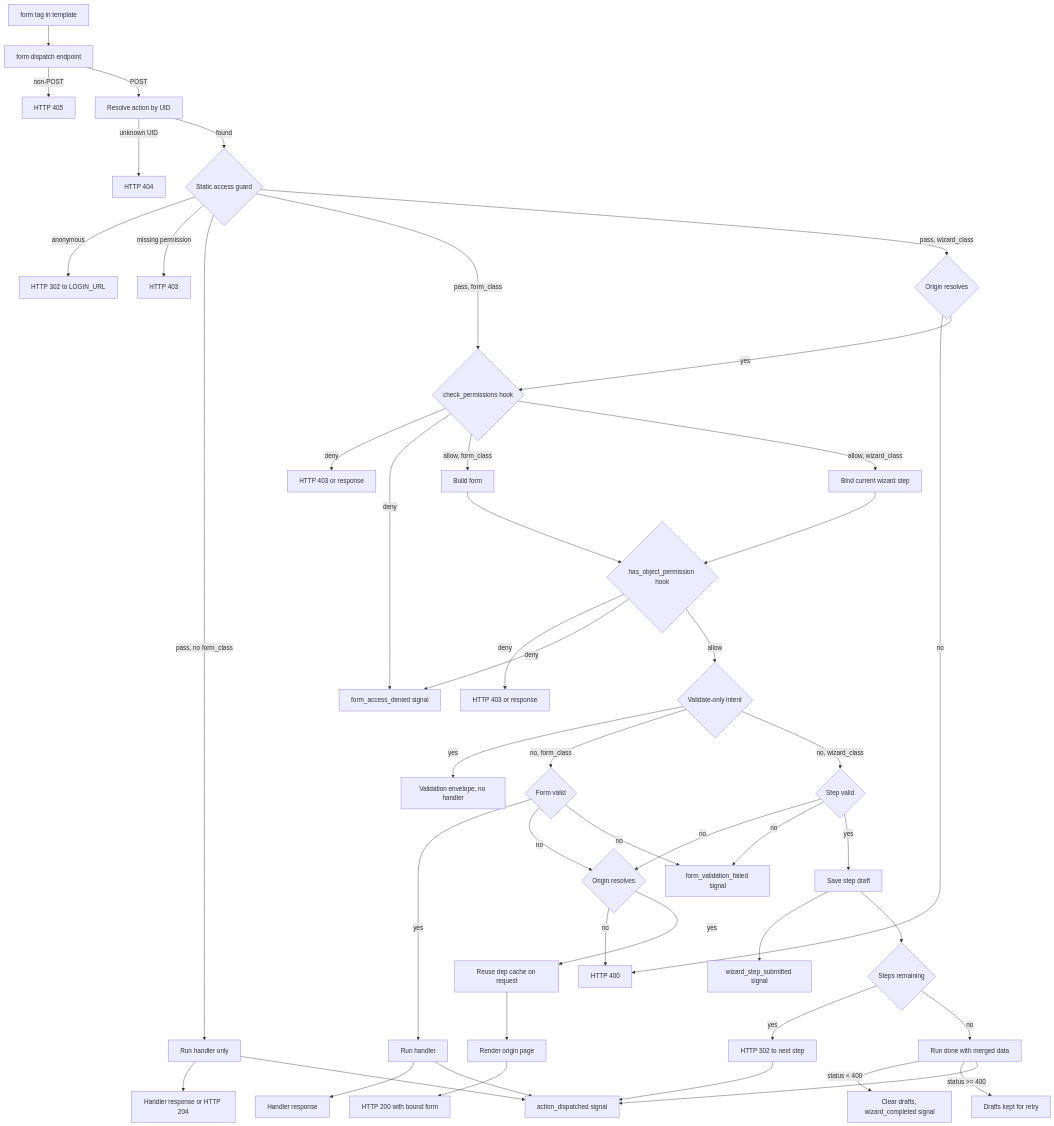
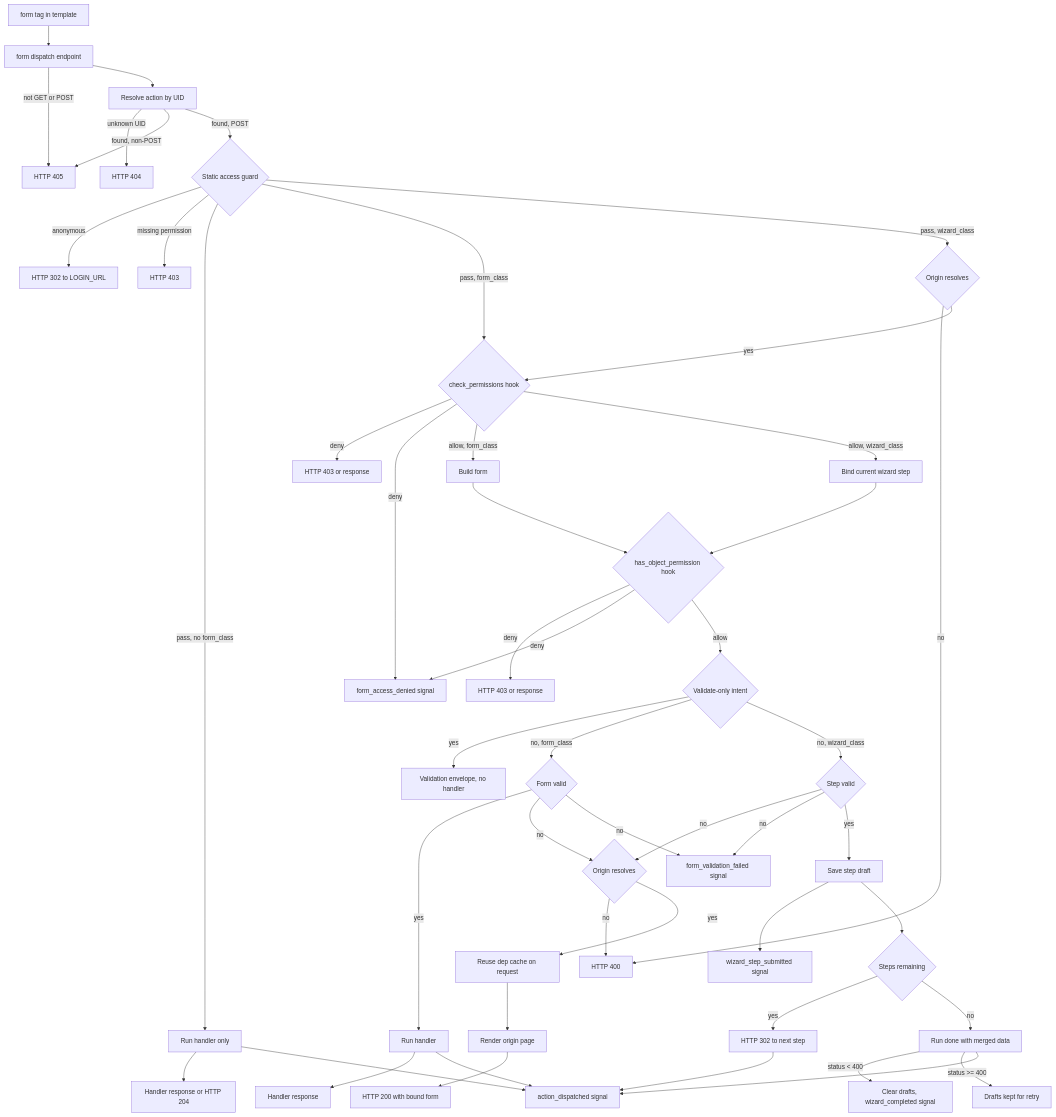
Before and after one commit to next-dj/next-dj: the diagram in docs/content/internals/action-dispatch.rst, drawn with Mermaid. The commit also changed other lines of this file and 582 other files, not shown here.

```diff
--- a/docs/content/internals/action-dispatch.rst
+++ b/docs/content/internals/action-dispatch.rst
@@ -23,49 +24,50 @@
 .. mermaid::
 
    flowchart TB
        Template["form tag in template"] --> Endpoint["form dispatch endpoint"]
-       Endpoint -- "non-POST" --> NotAllowed["HTTP 405"]
-       Endpoint -- POST --> Lookup["Resolve action by UID"]
+       Endpoint -- "not GET or POST" --> NotAllowed["HTTP 405"]
+       Endpoint --> Lookup["Resolve action by UID"]
        Lookup -- unknown UID --> NotFound["HTTP 404"]
-       Lookup -- found --> Guard{"Static access guard"}
+       Lookup -- "found, non-POST" --> NotAllowed
+       Lookup -- "found, POST" --> Guard{"Static access guard"}
        Guard -- anonymous --> LoginRedirect["HTTP 302 to LOGIN_URL"]
        Guard -- "missing permission" --> Forbidden["HTTP 403"]
        Guard -- "pass, no form_class" --> HandlerOnly["Run handler only"]
        Guard -- "pass, form_class" --> ViewHook{"check_permissions hook"}
        Guard -- "pass, wizard_class" --> WizardOrigin{"Origin resolves"}
        WizardOrigin -- no --> BadRequest["HTTP 400"]
        WizardOrigin -- yes --> ViewHook
        ViewHook -- "deny" --> HookDenied["HTTP 403 or response"]
        ViewHook -- "deny" --> AccessDenied["form_access_denied signal"]
        ViewHook -- "allow, form_class" --> Build["Build form"]
        ViewHook -- "allow, wizard_class" --> WizardStep["Bind current wizard step"]
        HandlerOnly --> HandlerOnlyResponse["Handler response or HTTP 204"]
        HandlerOnly --> ActionDispatched["action_dispatched signal"]
        Build --> ObjectHook{"has_object_permission hook"}
        WizardStep --> ObjectHook
        ObjectHook -- "deny" --> ObjectDenied["HTTP 403 or response"]
        ObjectHook -- "deny" --> AccessDenied
        ObjectHook -- allow --> ValidateOnly{"Validate-only intent"}
        ValidateOnly -- yes --> ValidateEnvelope["Validation envelope, no handler"]
        ValidateOnly -- "no, form_class" --> Validate{"Form valid"}
        ValidateOnly -- "no, wizard_class" --> WizardValid{"Step valid"}
        Validate -- yes --> Handler["Run handler"]
        Handler --> Response["Handler response"]
        Handler --> ActionDispatched
        Validate -- no --> Origin{"Origin resolves"}
        Origin -- no --> BadRequest["HTTP 400"]
        Origin -- yes --> ShareCache["Reuse dep cache on request"]
        ShareCache --> RenderOrigin["Render origin page"]
        RenderOrigin --> RerenderHTML["HTTP 200 with bound form"]
        Validate -- no --> FormFailed["form_validation_failed signal"]
        WizardValid -- no --> Origin
        WizardValid -- no --> FormFailed
        WizardValid -- yes --> SaveStep["Save step draft"]
        SaveStep --> StepSubmitted["wizard_step_submitted signal"]
        SaveStep --> StepsLeft{"Steps remaining"}
        StepsLeft -- yes --> Advance["HTTP 302 to next step"]
        StepsLeft -- no --> Done["Run done with merged data"]
        Done -- "status < 400" --> Completed["Clear drafts, wizard_completed signal"]
        Done -- "status >= 400" --> KeepDrafts["Drafts kept for retry"]
        Advance --> ActionDispatched
        Done --> ActionDispatched
```
